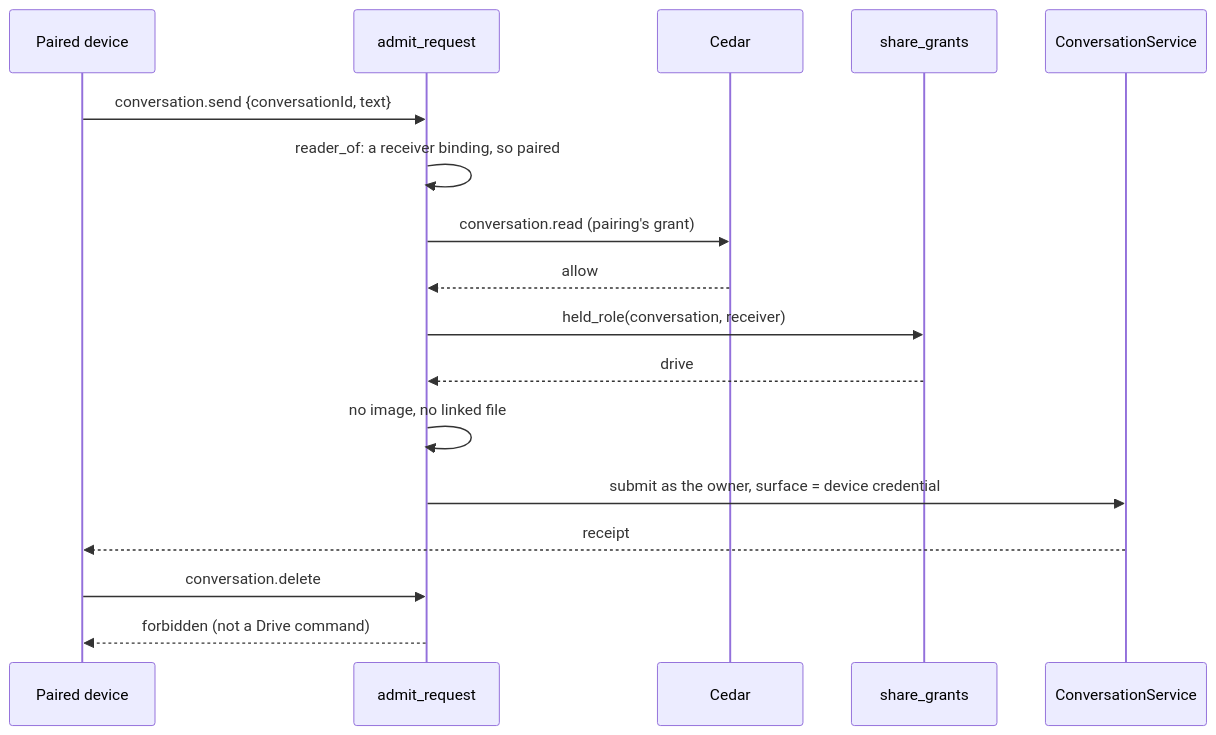
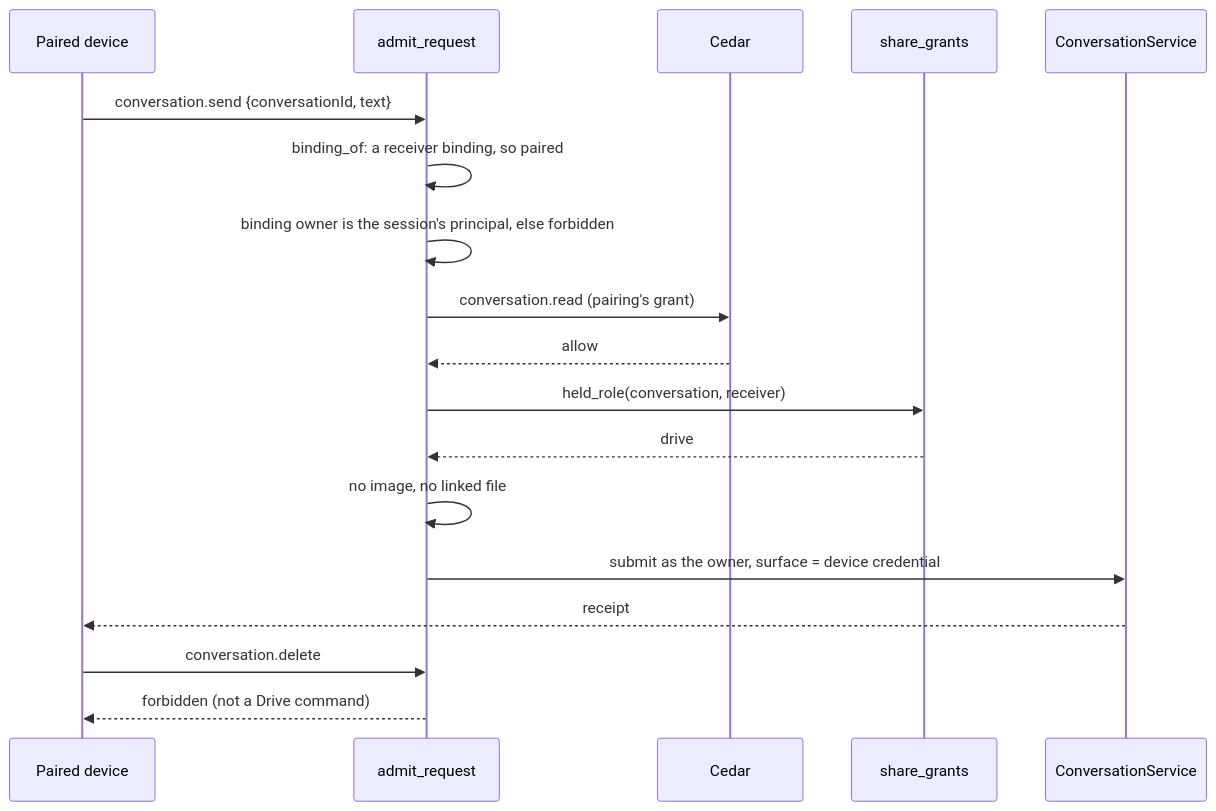
One commit to nessalabs/nessa-agent changed the third of 3 diagrams in docs/design/read-grants.md. Above: the diagram before and after it, drawn with Mermaid. The commit also changed other lines of this file and 2 other files, not shown here.

````diff
--- a/docs/design/read-grants.md
+++ b/docs/design/read-grants.md
@@ -238,19 +238,20 @@
 ```mermaid
 sequenceDiagram
     participant Device as Paired device
     participant Socket as admit_request
     participant Cedar
     participant Grants as share_grants
     participant Service as ConversationService
     Device->>Socket: conversation.send {conversationId, text}
-    Socket->>Socket: reader_of: a receiver binding, so paired
+    Socket->>Socket: binding_of: a receiver binding, so paired
+    Socket->>Socket: binding owner is the session's principal, else forbidden
     Socket->>Cedar: conversation.read (pairing's grant)
     Cedar-->>Socket: allow
     Socket->>Grants: held_role(conversation, receiver)
     Grants-->>Socket: drive
     Socket->>Socket: no image, no linked file
     Socket->>Service: submit as the owner, surface = device credential
     Service-->>Device: receipt
     Device->>Socket: conversation.delete
     Socket-->>Device: forbidden (not a Drive command)
 ```
````
